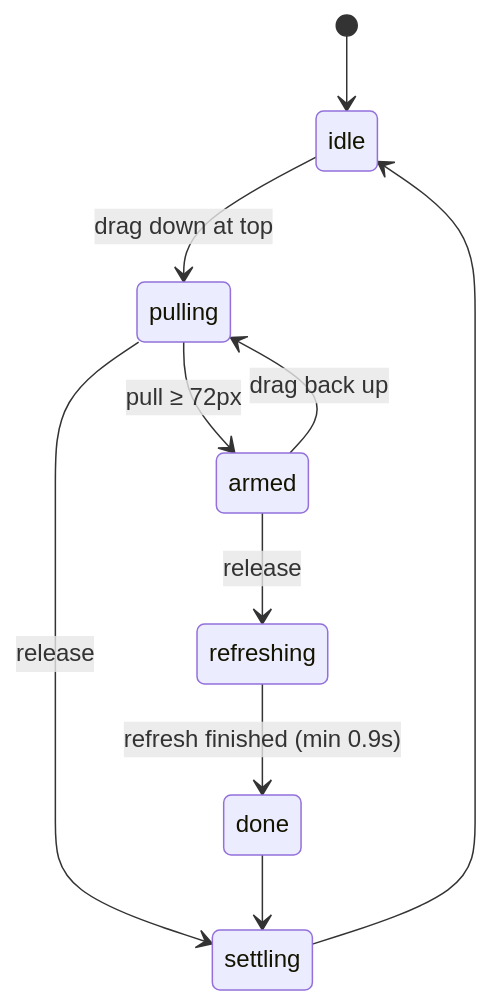
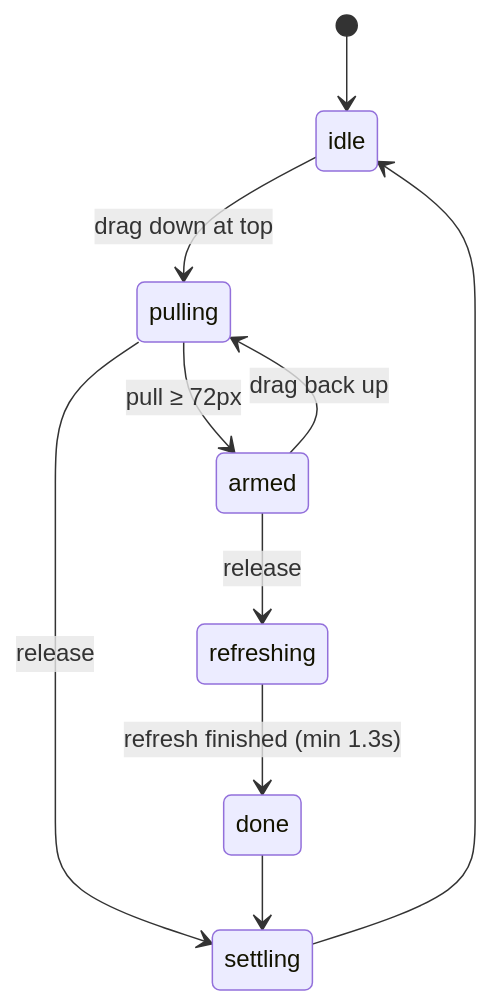
One commit to khatrisahil1/expensetracker-pro changed the seventh of 8 diagrams in docs/DEVELOPER_GUIDE.md. Above: the diagram before and after it, drawn with Mermaid. The commit also changed other lines of this file and 9 other files, not shown here.

````diff
--- a/docs/DEVELOPER_GUIDE.md
+++ b/docs/DEVELOPER_GUIDE.md
@@ -395,12 +395,12 @@
 ```mermaid
 stateDiagram-v2
   [*] --> idle
   idle --> pulling: drag down at top
   pulling --> armed: pull ≥ 72px
   armed --> pulling: drag back up
   pulling --> settling: release
   armed --> refreshing: release
-  refreshing --> done: refresh finished (min 0.9s)
+  refreshing --> done: refresh finished (min 1.3s)
   done --> settling
   settling --> idle
 ```
````
